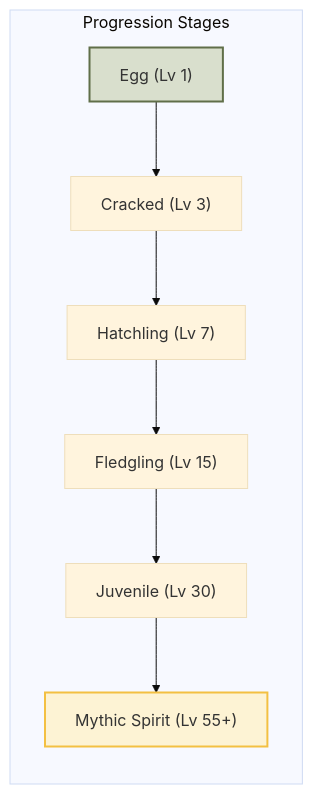
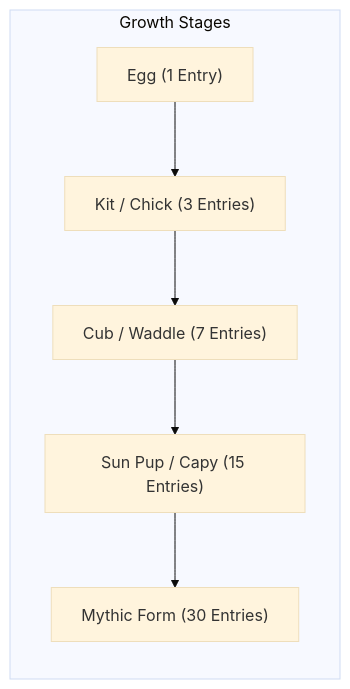
The diagram in README.md (gtxPrime/Lore), drawn with Mermaid (base theme) before and after one commit. The commit also changed other lines of this file and 136 other files, not shown here.

````diff
--- a/README.md
+++ b/README.md
@@ -92,12 +83,9 @@
 ```mermaid
 graph LR
-    subgraph Progression Stages
-        A["Egg (Lv 1)"] --> B["Cracked (Lv 3)"]
-        B --> C["Hatchling (Lv 7)"]
-        C --> D["Fledgling (Lv 15)"]
-        D --> E["Juvenile (Lv 30)"]
-        E --> F["Mythic Spirit (Lv 55+)"]
+    subgraph Growth Stages
+        A["Egg (1 Entry)"] --> B["Kit / Chick (3 Entries)"]
+        B --> C["Cub / Waddle (7 Entries)"]
+        C --> D["Sun Pup / Capy (15 Entries)"]
+        D --> E["Mythic Form (30 Entries)"]
     end
-    style A fill:#D9DFCD,stroke:#606F49,stroke-width:2px
-    style F fill:#FDF3D4,stroke:#F3C042,stroke-width:2px
 ```
````
